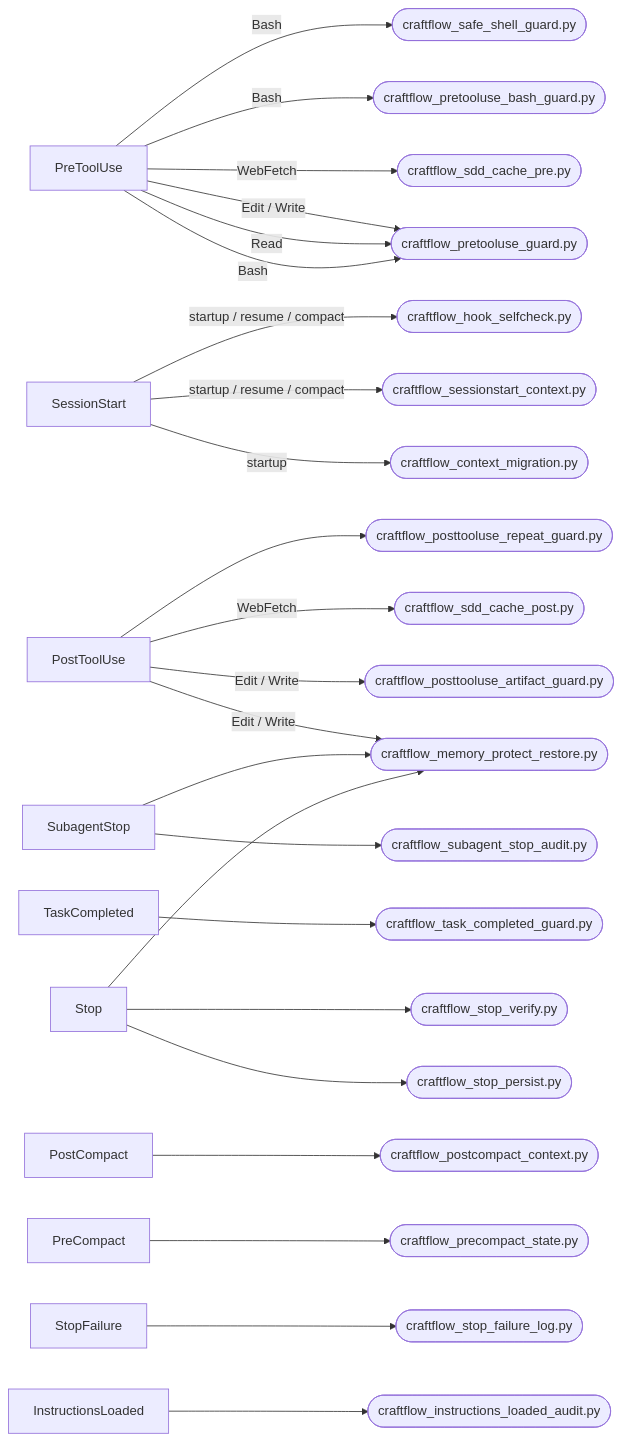
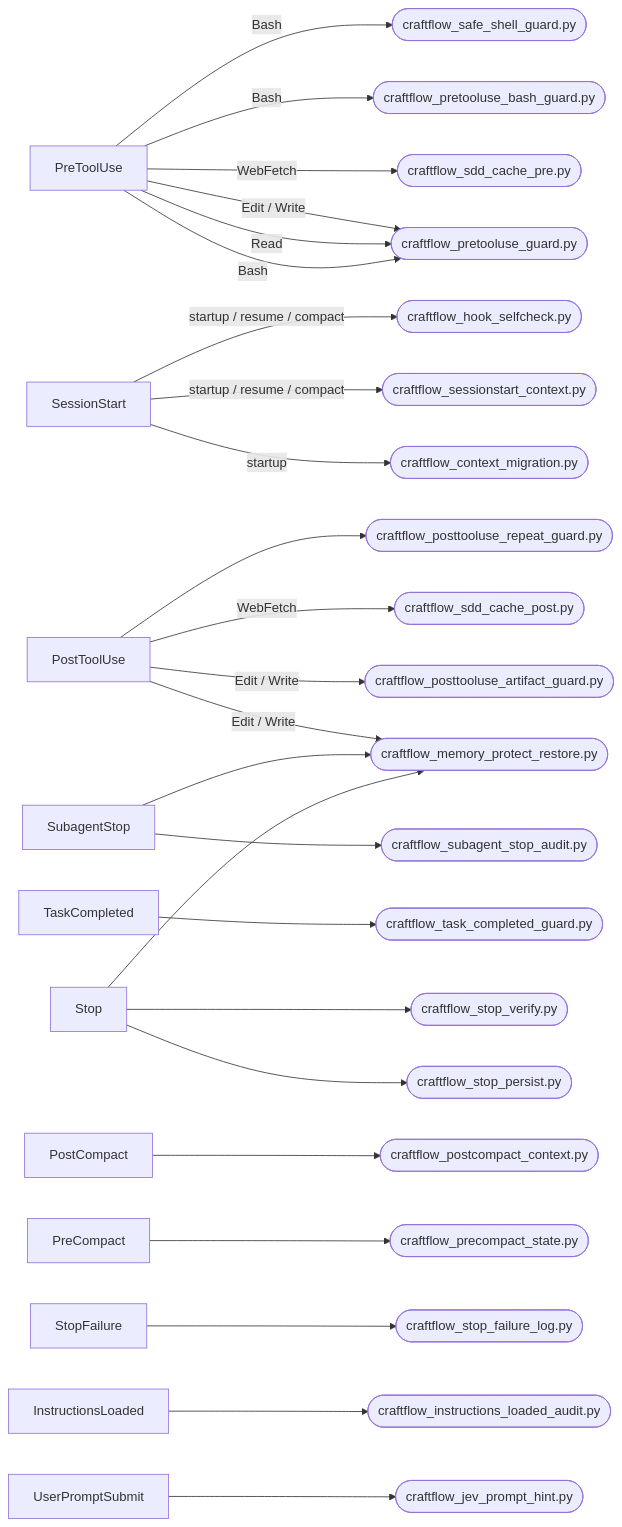
One commit to aicraft-sdk/craftflow changed the first of 2 diagrams in plugins/craftflow/docs/generated/architecture.md. Above: the diagram before and after it, drawn with Mermaid. The commit also changed other lines of this file and 4 other files, not shown here.

Commit message:
feat(craftflow): register inert UserPromptSubmit jev hint hook + event contract row

````diff
--- a/plugins/craftflow/docs/generated/architecture.md
+++ b/plugins/craftflow/docs/generated/architecture.md
@@ -16,55 +16,58 @@
 ```mermaid
 flowchart LR
   event_PreToolUse["PreToolUse"]
   event_SessionStart["SessionStart"]
   event_PostToolUse["PostToolUse"]
   event_TaskCompleted["TaskCompleted"]
   event_PostCompact["PostCompact"]
   event_SubagentStop["SubagentStop"]
   event_PreCompact["PreCompact"]
   event_Stop["Stop"]
   event_StopFailure["StopFailure"]
   event_InstructionsLoaded["InstructionsLoaded"]
+  event_UserPromptSubmit["UserPromptSubmit"]
   script_craftflow_pretooluse_guard_py(["craftflow_pretooluse_guard.py"])
   script_craftflow_sdd_cache_pre_py(["craftflow_sdd_cache_pre.py"])
   script_craftflow_pretooluse_bash_guard_py(["craftflow_pretooluse_bash_guard.py"])
   script_craftflow_safe_shell_guard_py(["craftflow_safe_shell_guard.py"])
   script_craftflow_context_migration_py(["craftflow_context_migration.py"])
   script_craftflow_sessionstart_context_py(["craftflow_sessionstart_context.py"])
   script_craftflow_hook_selfcheck_py(["craftflow_hook_selfcheck.py"])
   script_craftflow_posttooluse_artifact_guard_py(["craftflow_posttooluse_artifact_guard.py"])
   script_craftflow_memory_protect_restore_py(["craftflow_memory_protect_restore.py"])
   script_craftflow_sdd_cache_post_py(["craftflow_sdd_cache_post.py"])
   script_craftflow_posttooluse_repeat_guard_py(["craftflow_posttooluse_repeat_guard.py"])
   script_craftflow_task_completed_guard_py(["craftflow_task_completed_guard.py"])
   script_craftflow_postcompact_context_py(["craftflow_postcompact_context.py"])
   script_craftflow_subagent_stop_audit_py(["craftflow_subagent_stop_audit.py"])
   script_craftflow_precompact_state_py(["craftflow_precompact_state.py"])
   script_craftflow_stop_persist_py(["craftflow_stop_persist.py"])
   script_craftflow_stop_verify_py(["craftflow_stop_verify.py"])
   script_craftflow_stop_failure_log_py(["craftflow_stop_failure_log.py"])
   script_craftflow_instructions_loaded_audit_py(["craftflow_instructions_loaded_audit.py"])
+  script_craftflow_jev_prompt_hint_py(["craftflow_jev_prompt_hint.py"])
   event_PreToolUse -->|"Edit / Write"| script_craftflow_pretooluse_guard_py
   event_PreToolUse -->|"Read"| script_craftflow_pretooluse_guard_py
   event_PreToolUse -->|"WebFetch"| script_craftflow_sdd_cache_pre_py
   event_PreToolUse -->|"Bash"| script_craftflow_pretooluse_guard_py
   event_PreToolUse -->|"Bash"| script_craftflow_pretooluse_bash_guard_py
   event_PreToolUse -->|"Bash"| script_craftflow_safe_shell_guard_py
   event_SessionStart -->|"startup"| script_craftflow_context_migration_py
   event_SessionStart -->|"startup / resume / compact"| script_craftflow_sessionstart_context_py
   event_SessionStart -->|"startup / resume / compact"| script_craftflow_hook_selfcheck_py
   event_PostToolUse -->|"Edit / Write"| script_craftflow_posttooluse_artifact_guard_py
   event_PostToolUse -->|"Edit / Write"| script_craftflow_memory_protect_restore_py
   event_PostToolUse -->|"WebFetch"| script_craftflow_sdd_cache_post_py
   event_PostToolUse --> script_craftflow_posttooluse_repeat_guard_py
   event_TaskCompleted --> script_craftflow_task_completed_guard_py
   event_PostCompact --> script_craftflow_postcompact_context_py
   event_SubagentStop --> script_craftflow_subagent_stop_audit_py
   event_SubagentStop --> script_craftflow_memory_protect_restore_py
   event_PreCompact --> script_craftflow_precompact_state_py
   event_Stop --> script_craftflow_stop_persist_py
   event_Stop --> script_craftflow_memory_protect_restore_py
   event_Stop --> script_craftflow_stop_verify_py
   event_StopFailure --> script_craftflow_stop_failure_log_py
   event_InstructionsLoaded --> script_craftflow_instructions_loaded_audit_py
+  event_UserPromptSubmit --> script_craftflow_jev_prompt_hint_py
 ```
````
